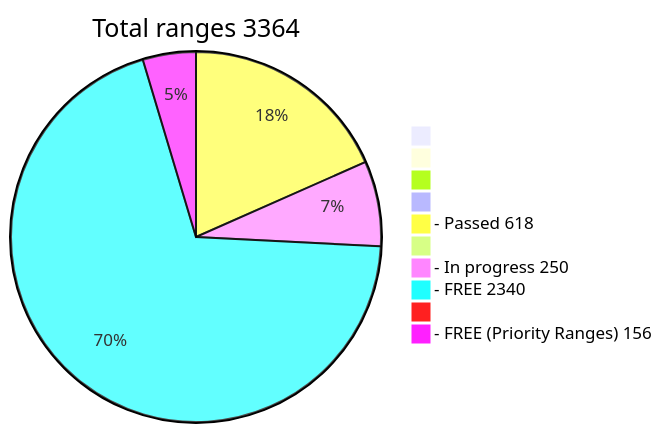
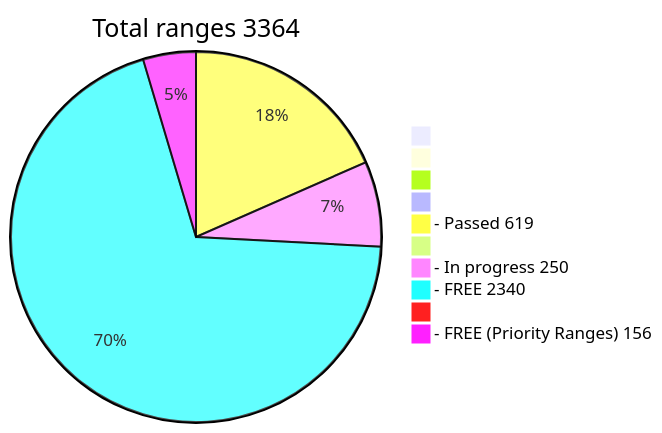
The diagram in README.md (phrutis/wif500), drawn with Mermaid before and after one commit.

````diff
--- a/README.md
+++ b/README.md
@@ -16,13 +16,13 @@
 ```mermaid
 pie title Total ranges 3364
              " " : 0
             "  " : 0
            "   " : 0
           "    " : 0
-  "- Passed 618" : 618
+  "- Passed 619" : 619
          "     " : 0
   "- In progress 250" : 250
    "- FREE 2340" : 2340
         "      " : 0
-  "- FREE (Priority Ranges) 156" : 156
+  "- FREE (Priority Ranges) 156" : 155
 ```
````
